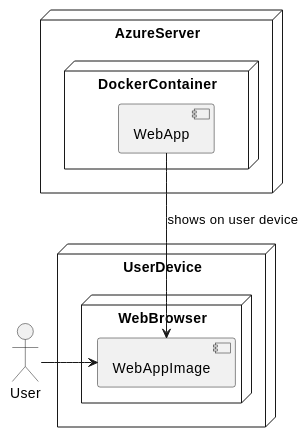
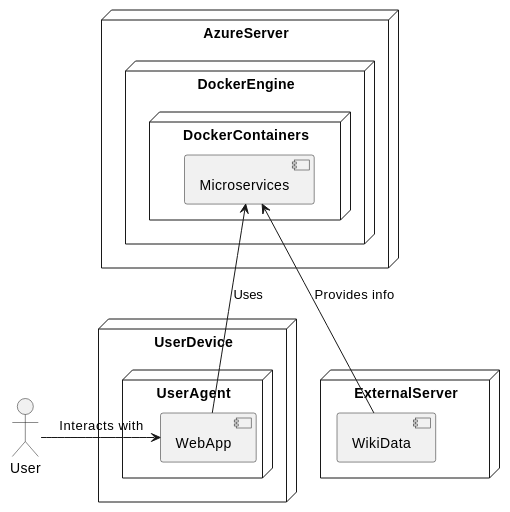
One commit to Arquisoft/wiq_es1c changed the diagram in docs/src/07_deployment_view.adoc. Above: the diagram before and after it, drawn with PlantUML. The commit also changed other lines of this file, not shown here.

Commit message:
Update 07_deployment_view.adoc
Added more details to the diagram

Fixed the 24 hours statement

Added more detaisl to the table

```diff
--- a/docs/src/07_deployment_view.adoc
+++ b/docs/src/07_deployment_view.adoc
@@ -59,20 +59,30 @@
 [plantuml, "infrastructure-level1", png]
 ----
 node AzureServer{
-    node DockerContainer {
-        component WebApp
+    node DockerEngine {
+      node DockerContainers {
+          component Microservices
+      }
     }
 }
 
+node ExternalServer{
+    component WikiData
+}
+
+
 node UserDevice {
-    node WebBrowser {
-        component WebAppImage
+    node UserAgent {
+        component WebApp
     }
 }
 
 Actor User
 
 
-WebApp -d-> WebAppImage : "shows on user device"
-WebAppImage <-l- User
+User -right-> WebApp : "Interacts with"
+
+WebApp -up-> Microservices: "Uses"
+
+WikiData -up-> Microservices : "Provides info"
 ----
```
